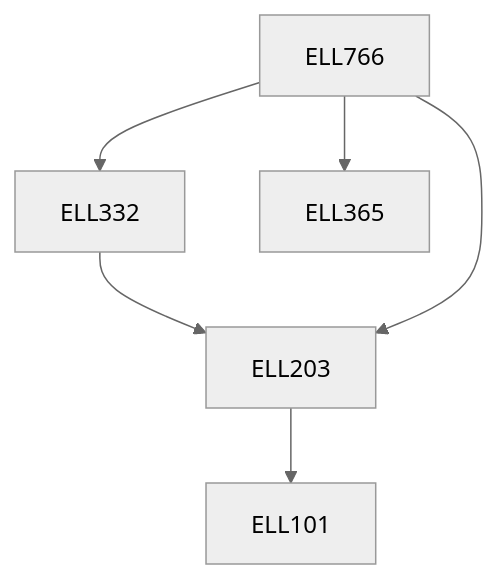
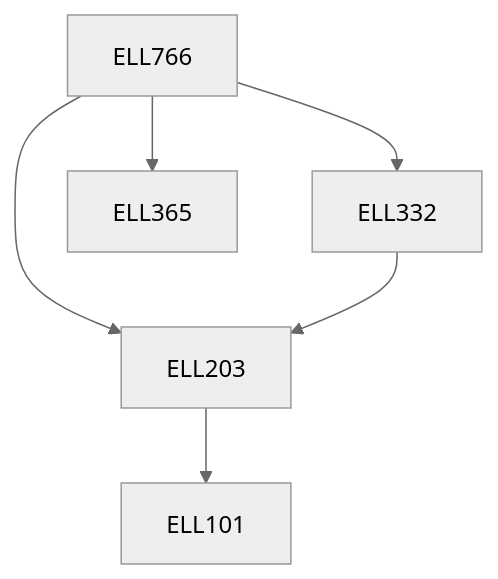
One commit to KeshavBansal0122/CoS_Website changed the diagram in content/Electrical Engineering/ELL766.md. Above: the diagram before and after it, drawn with Mermaid (neutral theme). The commit also changed other lines of this file and 2662 other files, not shown here.

````diff
--- a/content/Electrical Engineering/ELL766.md
+++ b/content/Electrical Engineering/ELL766.md
@@ -23,12 +23,12 @@
 ```mermaid
 flowchart TD
 ELL766-370[ELL766]
+ELL203-370 --> ELL101-370[ELL101]
+ELL766-370 --> ELL332-370[ELL332]
+ELL766-370 --> ELL203-370[ELL203]
 ELL332-370 --> ELL203-370[ELL203]
-ELL766-370 --> ELL332-370[ELL332]
 ELL766-370 --> ELL365-370[ELL365]
-ELL203-370 --> ELL101-370[ELL101]
-ELL766-370 --> ELL203-370[ELL203]
 
 classDef empty height:17px, fill:transparent, stroke:transparent;
 classDef trueEmpty height:0px, width:0px;
 ```
````
